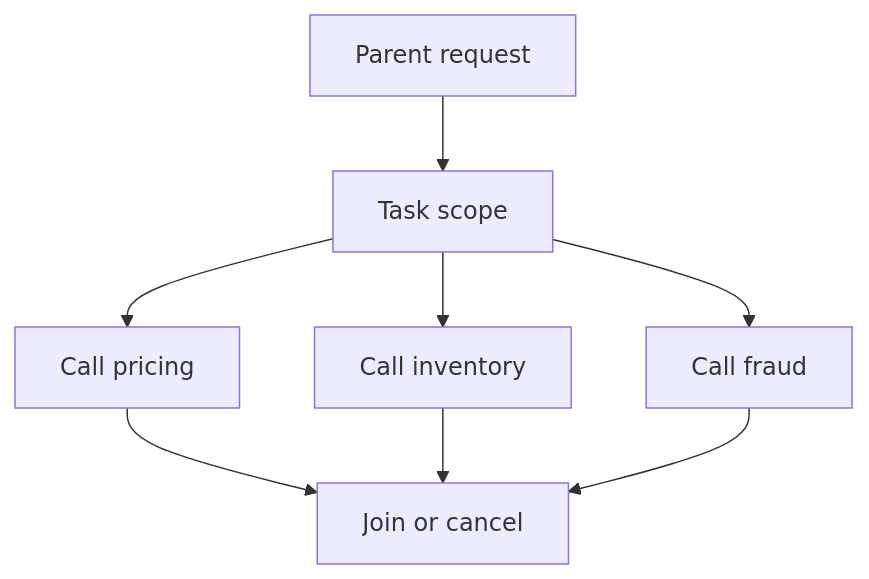
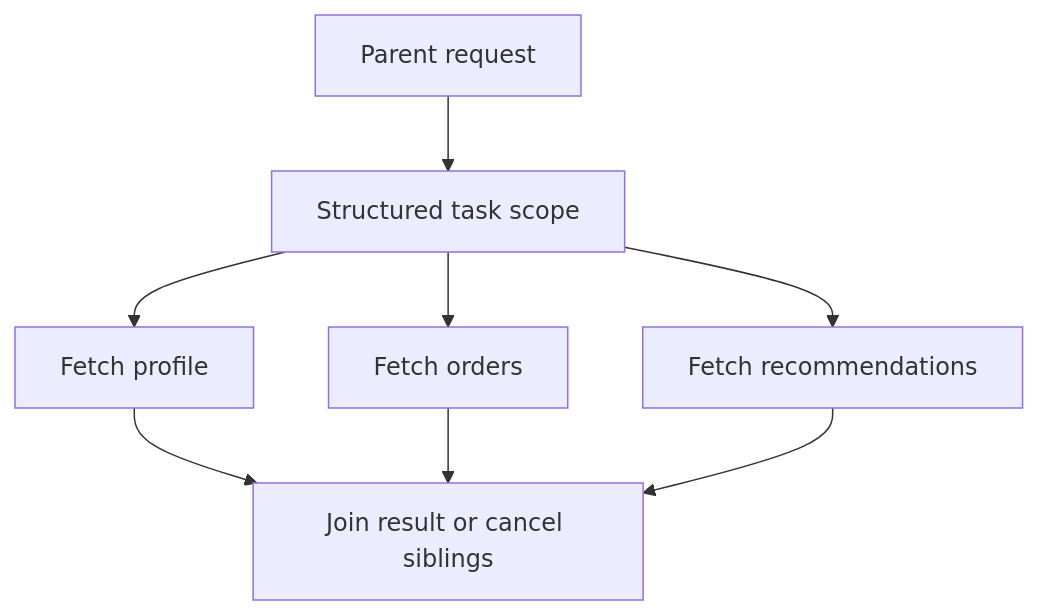
The diagram in _posts/2026-05-15-structured-concurrency-patterns-java-21.md (sandeepbhardwaj/sandeepbhardwaj.github.io), drawn with Mermaid before and after one commit. The commit also changed other lines of this file and 113 other files, not shown here.

````diff
--- a/_posts/2026-05-15-structured-concurrency-patterns-java-21.md
+++ b/_posts/2026-05-15-structured-concurrency-patterns-java-21.md
@@ -152,10 +132,10 @@
-        ```mermaid
+```mermaid
 flowchart TD
-    A[Parent request] --> B[Task scope]
-    B --> C[Call pricing]
-    B --> D[Call inventory]
-    B --> E[Call fraud]
-    C --> F[Join or cancel]
+    A[Parent request] --> B[Structured task scope]
+    B --> C[Fetch profile]
+    B --> D[Fetch orders]
+    B --> E[Fetch recommendations]
+    C --> F[Join result or cancel siblings]
     D --> F
     E --> F
 ```
````
